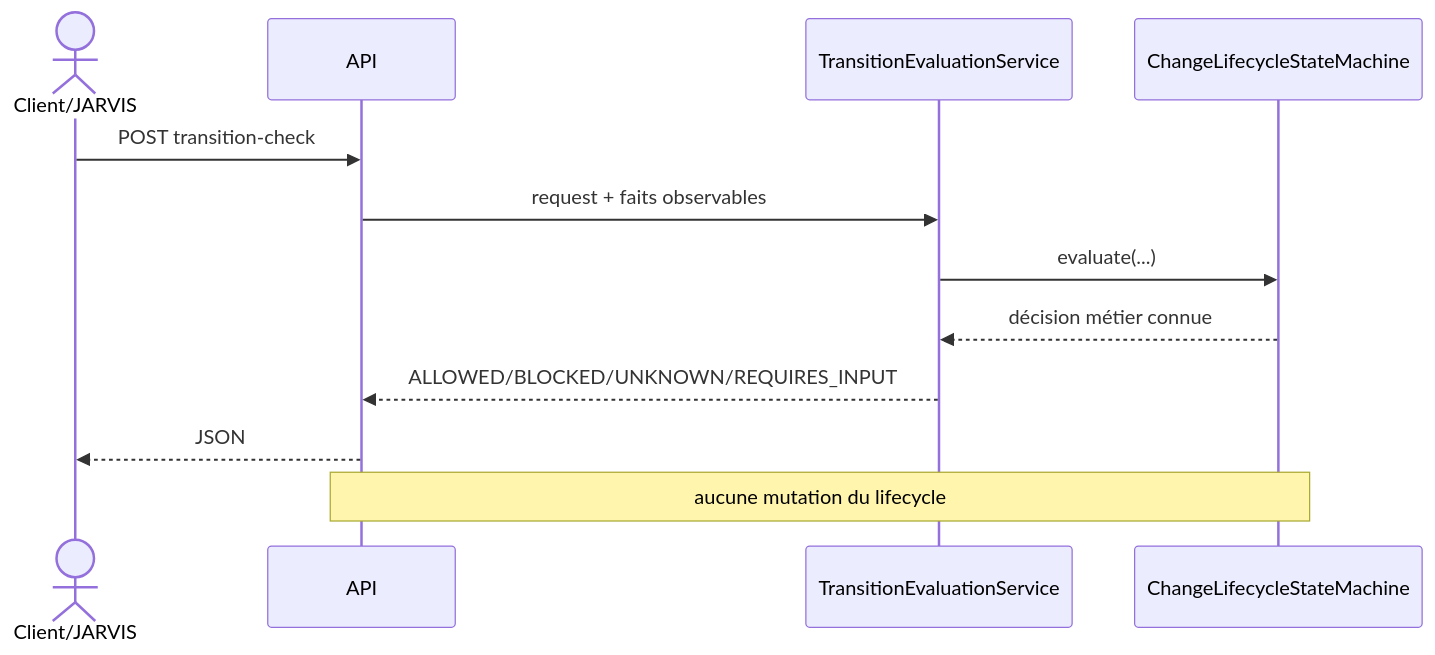
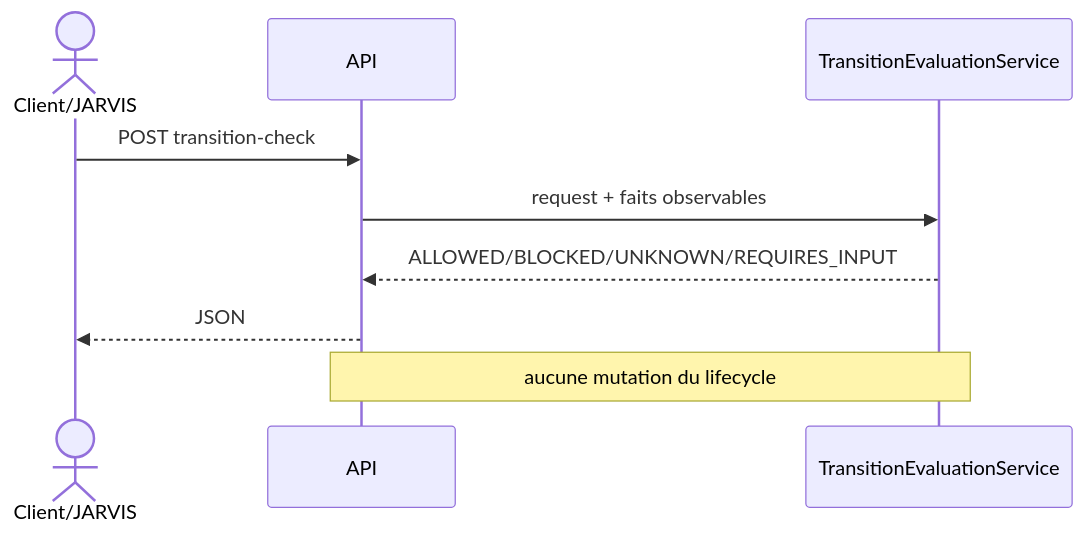
Before and after one commit to FTurleque/morpheus-engine: the fourth of 4 diagrams in docs/developer/API.md, drawn with Mermaid. The commit also changed other lines of this file, not shown here.

Commit message:
docs(m17): document controlled lifecycle HTTP mutation

````diff
--- a/docs/developer/API.md
+++ b/docs/developer/API.md
@@ -239,15 +237,12 @@
 ```mermaid
 sequenceDiagram
     actor J as Client/JARVIS
     participant API
     participant E as TransitionEvaluationService
-    participant SM as ChangeLifecycleStateMachine
 
     J->>API: POST transition-check
     API->>E: request + faits observables
-    E->>SM: evaluate(...)
-    SM-->>E: décision métier connue
     E-->>API: ALLOWED/BLOCKED/UNKNOWN/REQUIRES_INPUT
     API-->>J: JSON
-    Note over API,SM: aucune mutation du lifecycle
+    Note over API,E: aucune mutation du lifecycle
 ```
````
